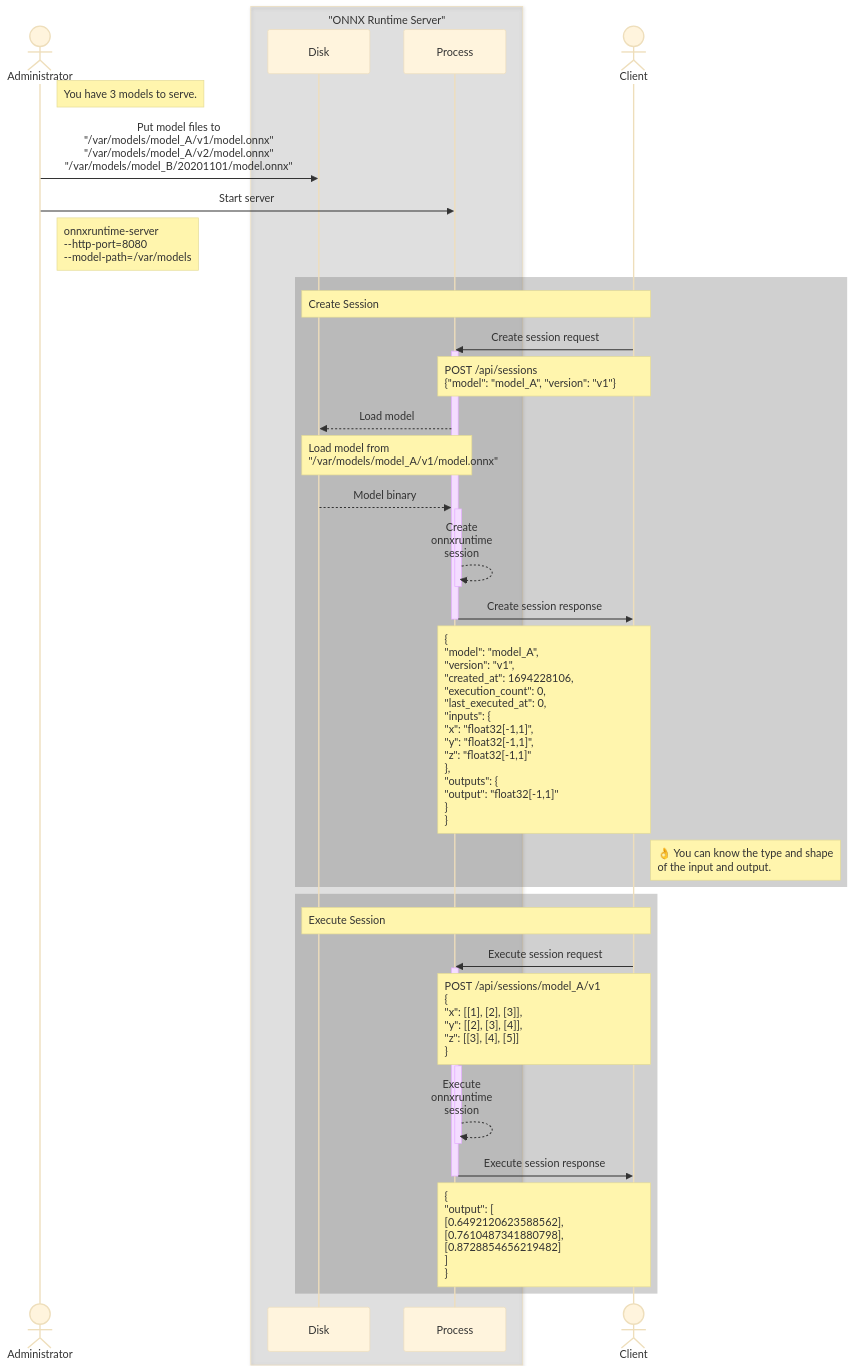
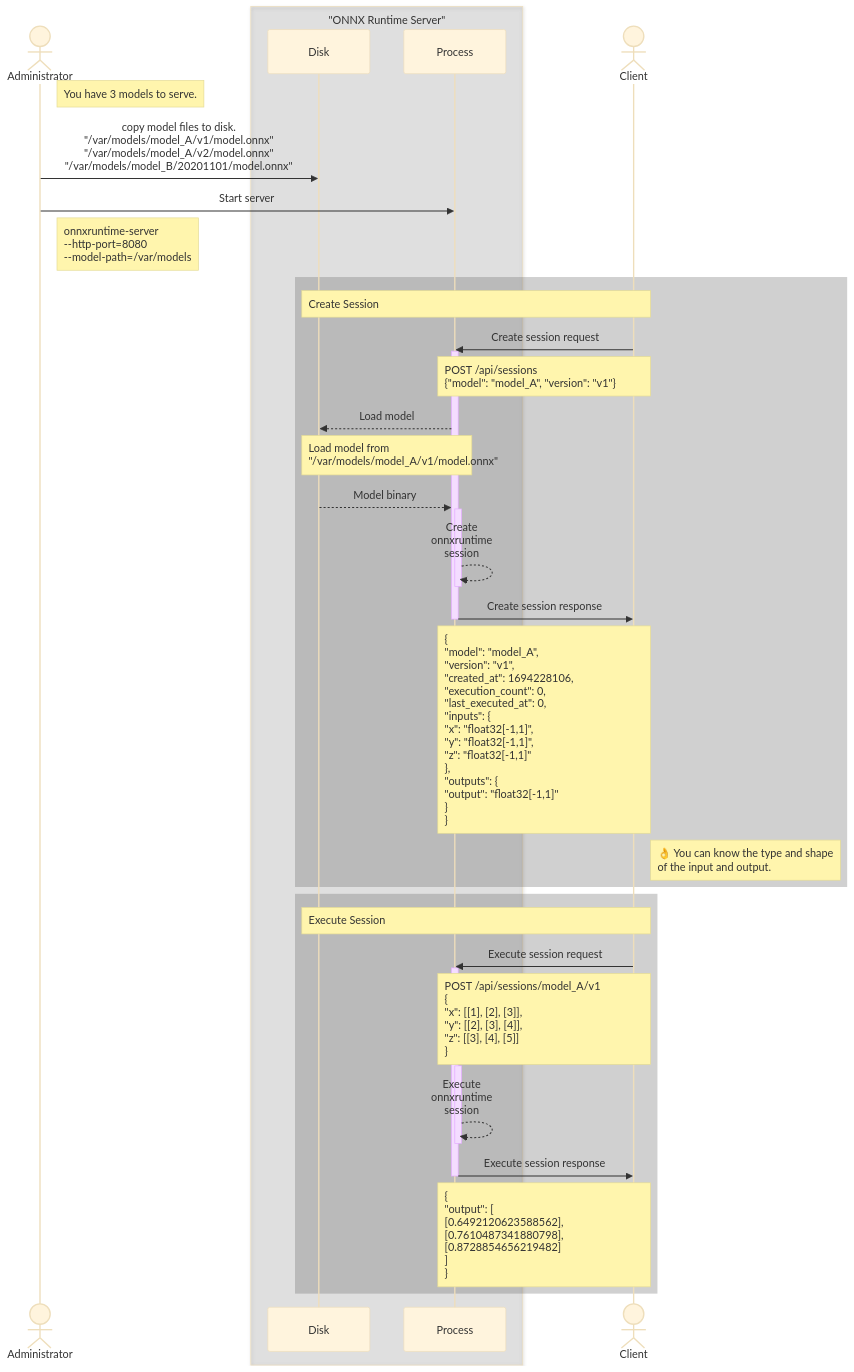
One commit to kibae/onnxruntime-server changed the second of 2 diagrams in README.md. Above: the diagram before and after it, drawn with Mermaid (base theme). The commit also changed other lines of this file, not shown here.

````diff
--- a/README.md
+++ b/README.md
@@ -201,44 +196,44 @@
 ```mermaid
 %%{init: {
     'sequence': {'noteAlign': 'left', 'mirrorActors': true}
 }}%%
 sequenceDiagram
     actor A as Administrator
     box rgb(0, 0, 0, 0.1) "ONNX Runtime Server"
         participant SD as Disk
         participant SP as Process
     end
     actor C as Client
     Note right of A: You have 3 models to serve.
-    A ->> SD: Put model files to<br />"/var/models/model_A/v1/model.onnx"<br />"/var/models/model_A/v2/model.onnx"<br />"/var/models/model_B/20201101/model.onnx"
+    A ->> SD: copy model files to disk.<br />"/var/models/model_A/v1/model.onnx"<br />"/var/models/model_A/v2/model.onnx"<br />"/var/models/model_B/20201101/model.onnx"
     A ->> SP: Start server
     Note right of A: onnxruntime-server<br />--http-port=8080<br />--model-path=/var/models
     rect rgb(100, 100, 100, 0.3)
         Note over SD, C: Create Session
         C ->> SP: Create session request
         activate SP
         Note over SP, C: POST /api/sessions<br />{"model": "model_A", "version": "v1"}
         SP -->> SD: Load model
         Note over SD, SP: Load model from<br />"/var/models/model_A/v1/model.onnx"
         SD -->> SP: Model binary
         activate SP
         SP -->> SP: Create<br />onnxruntime<br />session
         deactivate SP
         SP ->> C: Create session response
         deactivate SP
         Note over SP, C: {<br />"model": "model_A",<br />"version": "v1",<br />"created_at": 1694228106,<br />"execution_count": 0,<br />"last_executed_at": 0,<br />"inputs": {<br />"x": "float32[-1,1]",<br />"y": "float32[-1,1]",<br />"z": "float32[-1,1]"<br />},<br />"outputs": {<br />"output": "float32[-1,1]"<br />}<br />}
         Note right of C: 👌 You can know the type and shape<br />of the input and output.
     end
     rect rgb(100, 100, 100, 0.3)
         Note over SD, C: Execute Session
         C ->> SP: Execute session request
         activate SP
         Note over SP, C: POST /api/sessions/model_A/v1<br />{<br />"x": [[1], [2], [3]],<br />"y": [[2], [3], [4]],<br />"z": [[3], [4], [5]]<br />}
         activate SP
         SP -->> SP: Execute<br />onnxruntime<br />session
         deactivate SP
         SP ->> C: Execute session response
         deactivate SP
         Note over SP, C: {<br />"output": [<br />[0.6492120623588562],<br />[0.7610487341880798],<br />[0.8728854656219482]<br />]<br />}
     end
 ```
````
